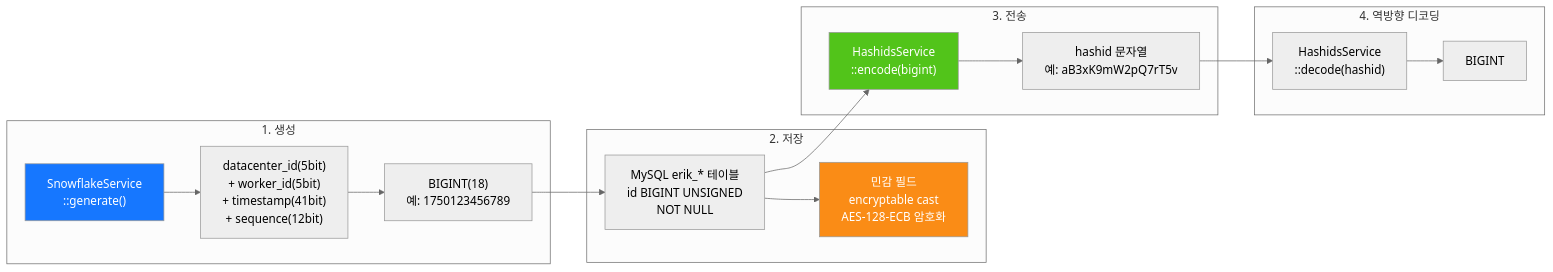
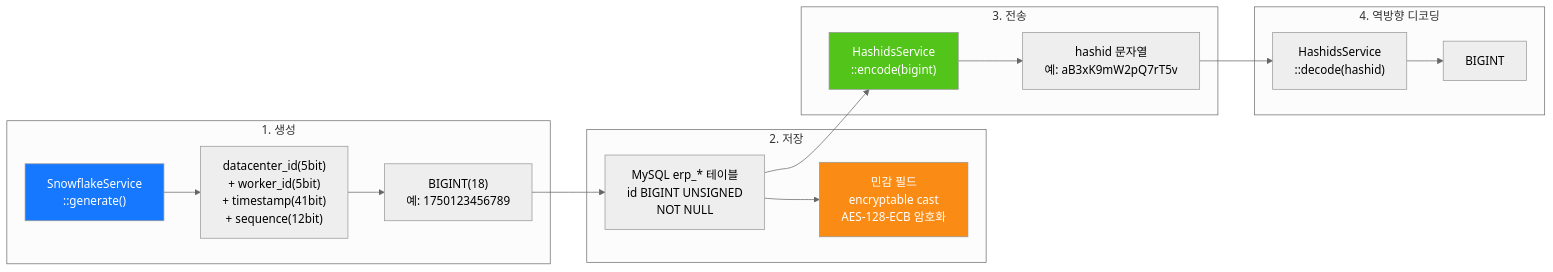
The seventh of 20 diagrams in docs/i18n/ko/ARCHITECTURE.md (erikwang2013/erp-php), drawn with Mermaid (neutral theme) before and after one commit. The commit also changed other lines of this file and 449 other files, not shown here.

First line of the commit message:
全局命名统一：数据库 erp、表前缀 erp_、Redis 前缀 erp:（原 erik_/open_admin）

````diff
--- a/docs/i18n/ko/ARCHITECTURE.md
+++ b/docs/i18n/ko/ARCHITECTURE.md
@@ -373,33 +373,33 @@
 ```mermaid
 flowchart LR
     subgraph "1. 생성"
         G1["SnowflakeService<br/>::generate()"]
         G2["datacenter_id(5bit)<br/>+ worker_id(5bit)<br/>+ timestamp(41bit)<br/>+ sequence(12bit)"]
         G3["BIGINT(18)<br/>예: 1750123456789"]
         G1 --> G2 --> G3
     end
 
     subgraph "2. 저장"
-        S1["MySQL erik_* 테이블<br/>id BIGINT UNSIGNED<br/>NOT NULL"]
+        S1["MySQL erp_* 테이블<br/>id BIGINT UNSIGNED<br/>NOT NULL"]
         S2["민감 필드<br/>encryptable cast<br/>AES-128-ECB 암호화"]
         G3 --> S1
         S1 --> S2
     end
 
     subgraph "3. 전송"
         T1["HashidsService<br/>::encode(bigint)"]
         T2["hashid 문자열<br/>예: aB3xK9mW2pQ7rT5v"]
         S1 --> T1
         T1 --> T2
     end
 
     subgraph "4. 역방향 디코딩"
         R1["HashidsService<br/>::decode(hashid)"]
         R2["BIGINT"]
         T2 --> R1 --> R2
     end
 
     style G1 fill:#1677FF,color:#fff
     style T1 fill:#52C41A,color:#fff
     style S2 fill:#FA8C16,color:#fff
 ```
````
